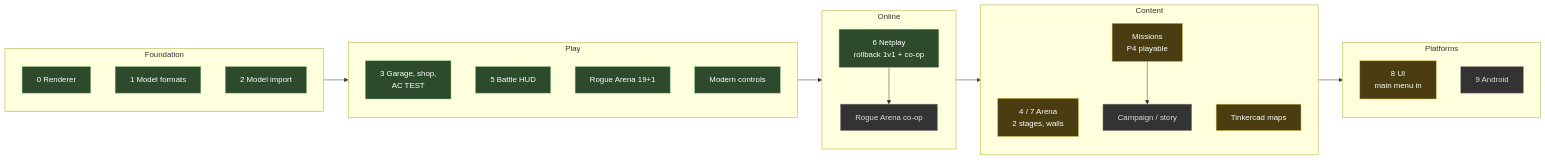
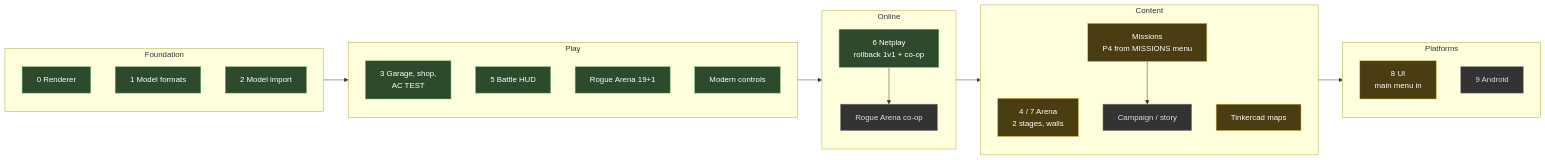
The diagram in docs/ROADMAP.md (Hatdagger/Armored-CoreR), drawn with Mermaid before and after one commit. The commit also changed other lines of this file and 18 other files, not shown here.

First line of the commit message:
MISSIONS on the main menu: list, briefings, sortie and MoA's report

````diff
--- a/docs/ROADMAP.md
+++ b/docs/ROADMAP.md
@@ -12,36 +12,36 @@
 ```mermaid
 flowchart LR
     subgraph Foundation
         R0["0 Renderer"]:::done
         R1["1 Model formats"]:::done
         R2["2 Model import"]:::done
     end
     subgraph Play
         R3["3 Garage, shop,<br/>AC TEST"]:::done
         R5["5 Battle HUD"]:::done
         RA["Rogue Arena 19+1"]:::done
         MC["Modern controls"]:::done
     end
     subgraph Online
         R6["6 Netplay<br/>rollback 1v1 + co-op"]:::done
         CO["Rogue Arena co-op"]:::todo
     end
     subgraph Content
         R4["4 / 7 Arena<br/>2 stages, walls"]:::doing
-        MS["Missions<br/>P4 playable"]:::doing
+        MS["Missions<br/>P4 from MISSIONS menu"]:::doing
         TM["Tinkercad maps"]:::doing
         ST["Campaign / story"]:::todo
     end
     subgraph Platforms
         R8["8 UI<br/>main menu in"]:::doing
         R9["9 Android"]:::todo
     end
 
     Foundation --> Play --> Online --> Content --> Platforms
     R6 --> CO
     MS --> ST
 
     classDef done fill:#2d4a2d,stroke:#7fbf7f,color:#fff
     classDef doing fill:#4a3d12,stroke:#e0c050,color:#fff
     classDef todo fill:#333,stroke:#888,color:#ddd
 ```
````
